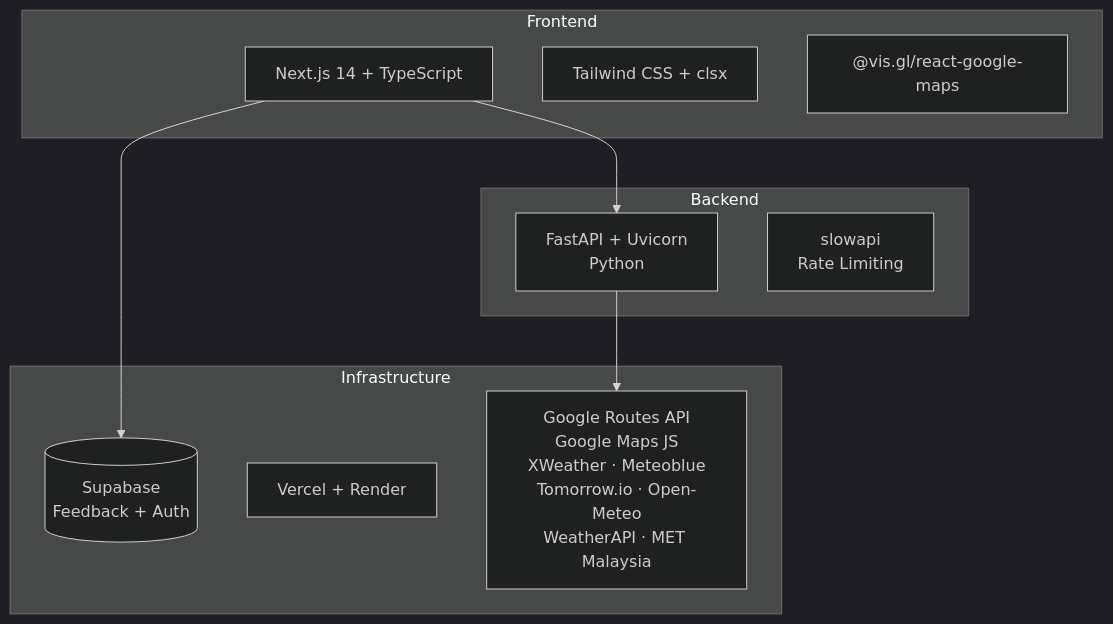
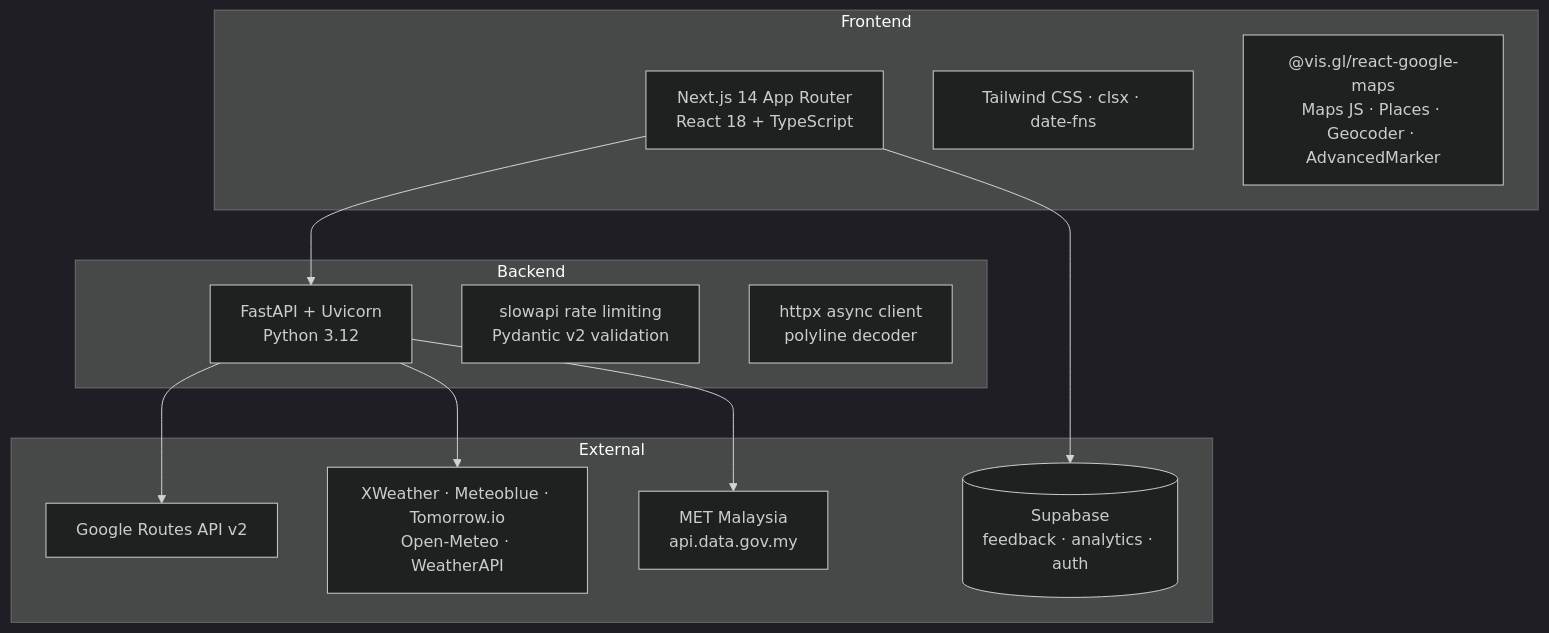
Before and after one commit to snsyaqirah/snsyaqirah.github.io: the first of 17 diagrams in portfolio-react/public/docs/redahluhh.md, drawn with Mermaid (dark theme). The commit also changed other lines of this file and 101 other files, not shown here.

````diff
--- a/portfolio-react/public/docs/redahluhh.md
+++ b/portfolio-react/public/docs/redahluhh.md
@@ -63,20 +77,24 @@
 ```mermaid
 graph TD
     subgraph Frontend
-        FE["Next.js 14 + TypeScript"]
-        UI["Tailwind CSS + clsx"]
-        MAP["@vis.gl/react-google-maps"]
+        FE["Next.js 14 App Router<br/>React 18 + TypeScript"]
+        UI["Tailwind CSS · clsx · date-fns"]
+        MAP["@vis.gl/react-google-maps<br/>Maps JS · Places · Geocoder · AdvancedMarker"]
     end
     subgraph Backend
-        BE["FastAPI + Uvicorn\nPython"]
-        RL["slowapi\nRate Limiting"]
+        BE["FastAPI + Uvicorn<br/>Python 3.12"]
+        RL["slowapi rate limiting<br/>Pydantic v2 validation"]
+        HX["httpx async client<br/>polyline decoder"]
     end
-    subgraph Infrastructure
-        DB[("Supabase\nFeedback + Auth")]
-        HO["Vercel + Render"]
-        EX["Google Routes API\nGoogle Maps JS\nXWeather · Meteoblue\nTomorrow.io · Open-Meteo\nWeatherAPI · MET Malaysia"]
+    subgraph External
+        GR["Google Routes API v2"]
+        WX["XWeather · Meteoblue · Tomorrow.io<br/>Open-Meteo · WeatherAPI"]
+        MET["MET Malaysia<br/>api.data.gov.my"]
+        SB[("Supabase<br/>feedback · analytics · auth")]
     end
     FE --> BE
-    FE --> DB
-    BE --> EX
+    FE --> SB
+    BE --> GR
+    BE --> WX
+    BE --> MET
 ```
````
